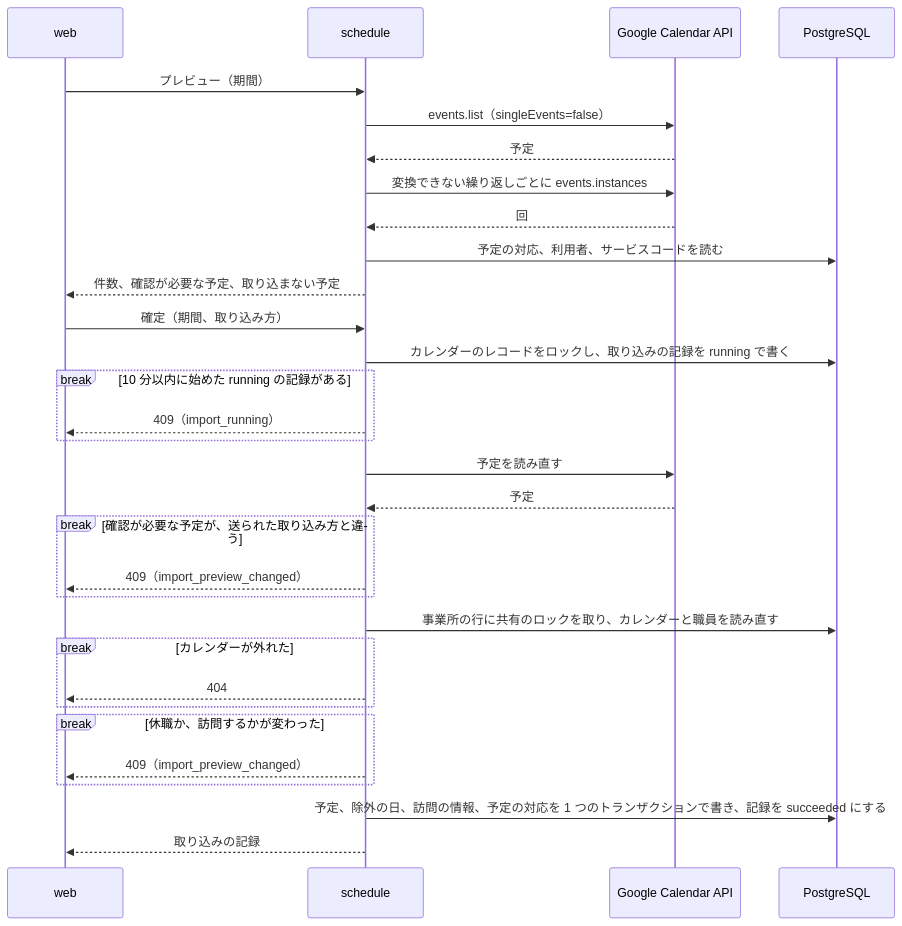
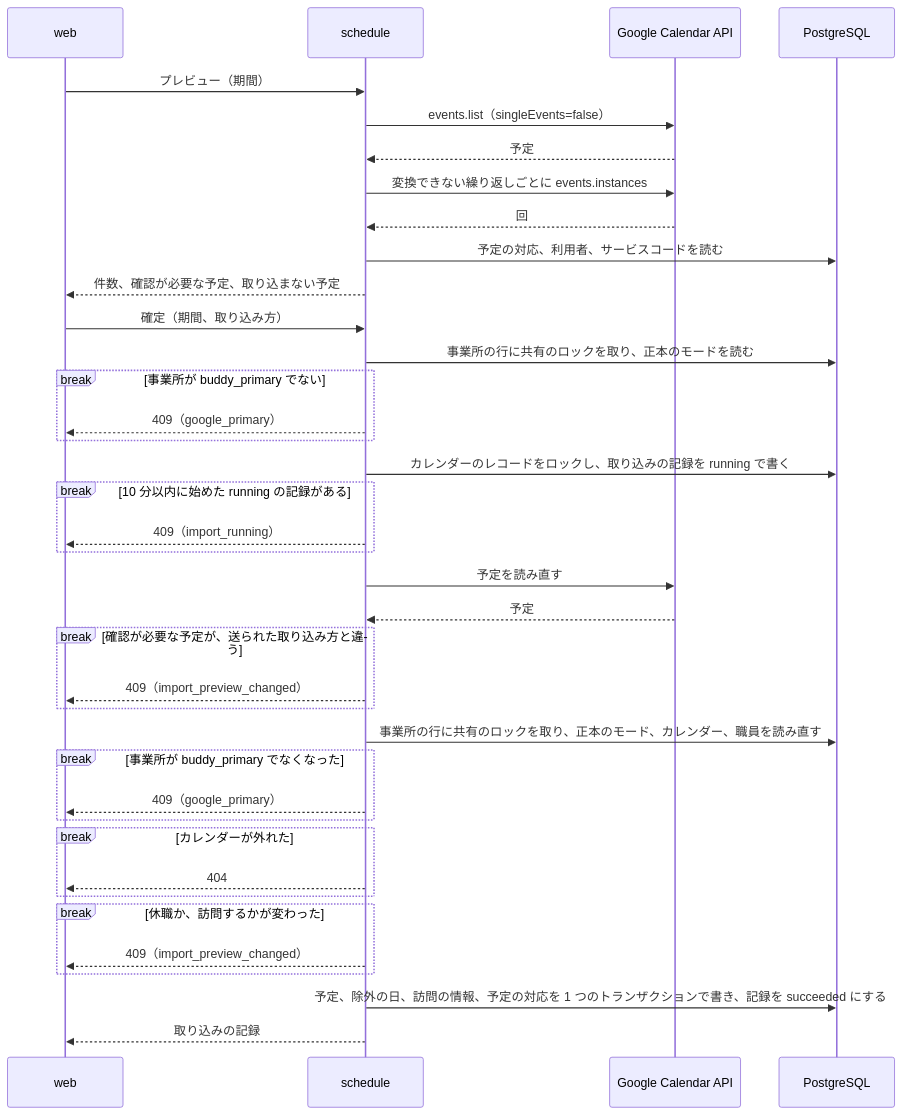
The first of 5 diagrams in services/schedule/internal/features/calendar/DesignDoc.md (Fukuemon/buddy), drawn with Mermaid before and after one commit. The commit also changed other lines of this file and 88 other files, not shown here.

````diff
--- a/services/schedule/internal/features/calendar/DesignDoc.md
+++ b/services/schedule/internal/features/calendar/DesignDoc.md
@@ -118,33 +118,40 @@
 ```mermaid
 sequenceDiagram
   participant web
   participant api as schedule
   participant g as Google Calendar API
   participant db as PostgreSQL
   web->>api: プレビュー（期間）
   api->>g: events.list（singleEvents=false）
   g-->>api: 予定
   api->>g: 変換できない繰り返しごとに events.instances
   g-->>api: 回
   api->>db: 予定の対応、利用者、サービスコードを読む
   api-->>web: 件数、確認が必要な予定、取り込まない予定
   web->>api: 確定（期間、取り込み方）
+  api->>db: 事業所の行に共有のロックを取り、正本のモードを読む
+  break 事業所が buddy_primary でない
+    api-->>web: 409（google_primary）
+  end
   api->>db: カレンダーのレコードをロックし、取り込みの記録を running で書く
   break 10 分以内に始めた running の記録がある
     api-->>web: 409（import_running）
   end
   api->>g: 予定を読み直す
   g-->>api: 予定
   break 確認が必要な予定が、送られた取り込み方と違う
     api-->>web: 409（import_preview_changed）
   end
-  api->>db: 事業所の行に共有のロックを取り、カレンダーと職員を読み直す
+  api->>db: 事業所の行に共有のロックを取り、正本のモード、カレンダー、職員を読み直す
+  break 事業所が buddy_primary でなくなった
+    api-->>web: 409（google_primary）
+  end
   break カレンダーが外れた
     api-->>web: 404
   end
   break 休職か、訪問するかが変わった
     api-->>web: 409（import_preview_changed）
   end
   api->>db: 予定、除外の日、訪問の情報、予定の対応を 1 つのトランザクションで書き、記録を succeeded にする
   api-->>web: 取り込みの記録
 ```
````
